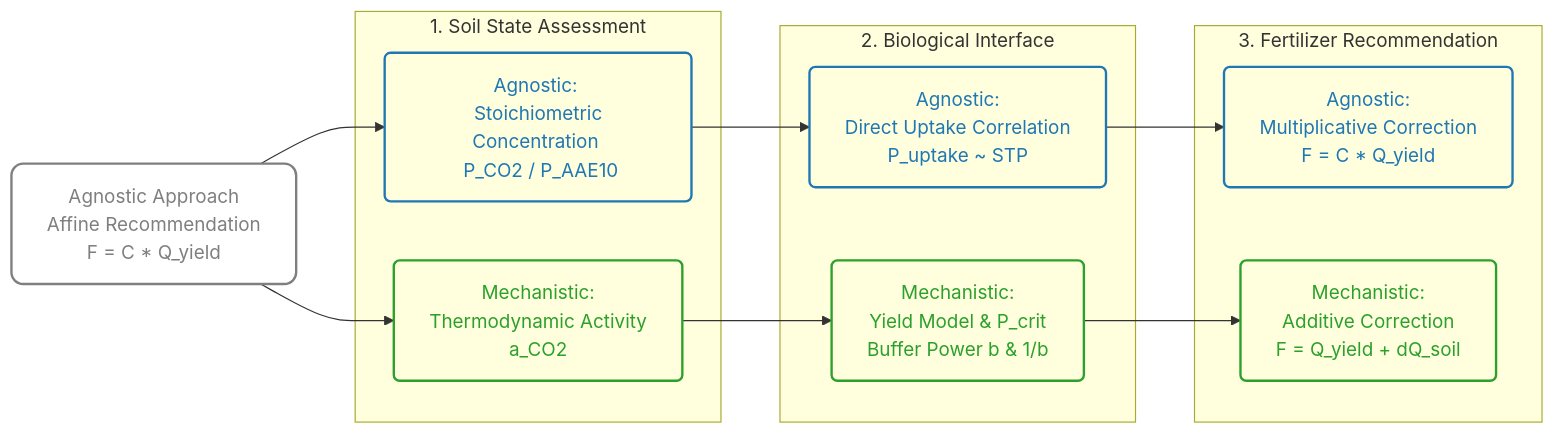
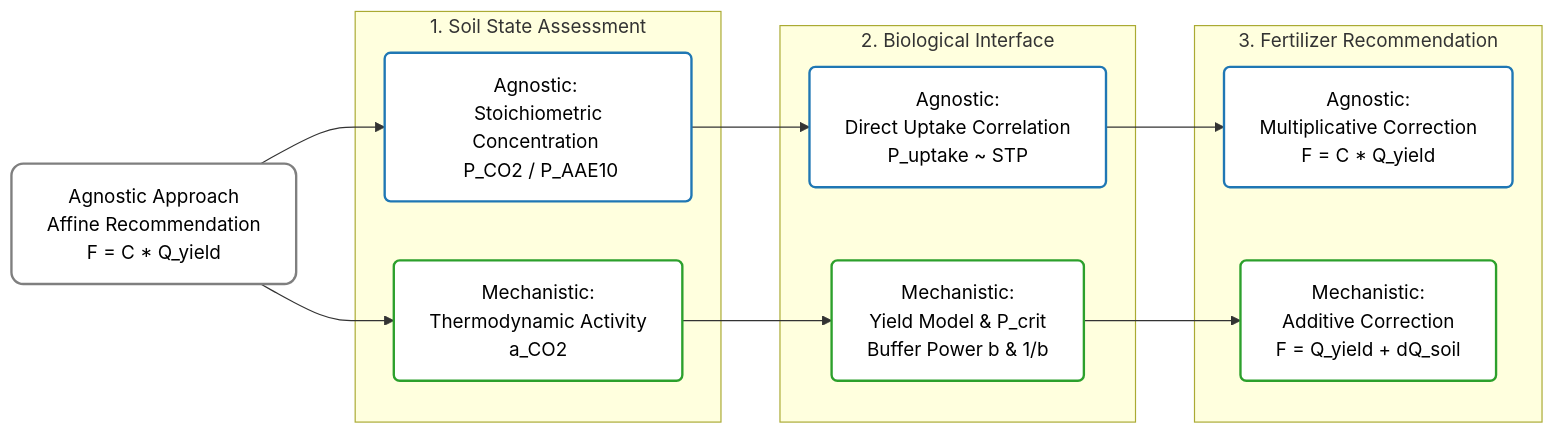
The diagram in presentation/index.qmd (ptochosgeorgos/Article-P-desorption-kinetics), drawn with Mermaid before and after one commit. The commit also changed other lines of this file and 147 other files, not shown here.

````diff
--- a/presentation/index.qmd
+++ b/presentation/index.qmd
@@ -25,49 +46,49 @@
 ```{mermaid}
 %%| fig-width: 12
 graph LR
     %% Start
     SQ[Agnostic Approach <br> Affine Recommendation <br> F = C * Q_yield]
     
     %% Step 1: Soil Assessment
     subgraph 1. Soil State Assessment
         G_PTF[Agnostic: <br> Stoichiometric Concentration <br> P_CO2 / P_AAE10]
         M_PTF[Mechanistic: <br> Thermodynamic Activity <br> a_CO2]
     end
     
     %% Step 2: Biological Interface
     subgraph 2. Biological Interface
         G_UP[Agnostic: <br> Direct Uptake Correlation <br> P_uptake ~ STP]
         M_UP[Mechanistic: <br> Yield Model & P_crit <br> Buffer Power b & 1/b]
     end
     
     %% Step 3: Final Output
     subgraph 3. Fertilizer Recommendation
         G_REC[Agnostic: <br> Multiplicative Correction <br> F = C * Q_yield]
         M_REC[Mechanistic: <br> Additive Correction <br> F = Q_yield + dQ_soil]
     end
 
     SQ --> G_PTF
     SQ --> M_PTF
     
     G_PTF --> G_UP
     M_PTF --> M_UP
     
     G_UP --> G_REC
     M_UP --> M_REC
 
-    classDef agnostic fill:none,stroke:#1f77b4,stroke-width:2px,color:#1f77b4,rx:5px,ry:5px;
-    classDef mech fill:none,stroke:#2ca02c,stroke-width:2px,color:#2ca02c,rx:5px,ry:5px;
-    classDef start fill:none,stroke:#7f7f7f,stroke-width:2px,color:#7f7f7f,rx:10px,ry:10px;
+    classDef agnostic fill:#ffffff,stroke:#1f77b4,stroke-width:2px,color:#000000,rx:5px,ry:5px;
+    classDef mech fill:#ffffff,stroke:#2ca02c,stroke-width:2px,color:#000000,rx:5px,ry:5px;
+    classDef start fill:#ffffff,stroke:#7f7f7f,stroke-width:2px,color:#000000,rx:10px,ry:10px;
     
     class SQ start;
     class G_PTF,G_UP,G_REC agnostic;
     class M_PTF,M_UP,M_REC mech;
     
     click SQ "#/the-swamp-of-the-dead-grud-p_co2-model" "Jump to Agnostic Model"
     click G_PTF "#" "Dummy"
     click M_PTF "#" "Dummy"
     click G_UP "#" "Dummy"
     click M_UP "#" "Dummy"
     click G_REC "#" "Dummy"
     click M_REC "#" "Dummy"
 ```
````
